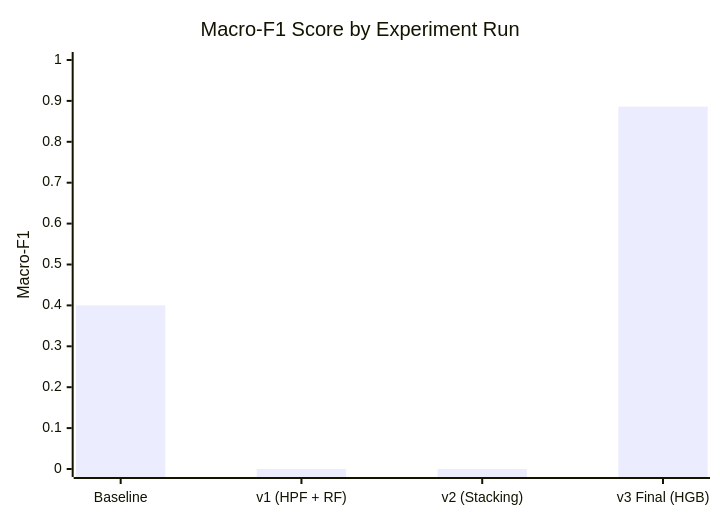
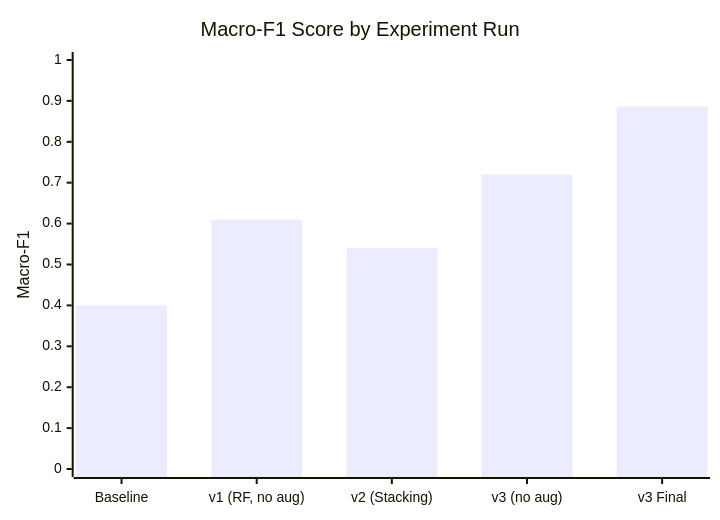
Before and after one commit to inderasarman/DSP-Project: the second of 2 diagrams in README.md, drawn with Mermaid. The commit also changed other lines of this file and 1 other file, not shown here.

````diff
--- a/README.md
+++ b/README.md
@@ -170,7 +151,7 @@
 ```mermaid
 xychart-beta
     title "Macro-F1 Score by Experiment Run"
-    x-axis ["Baseline", "v1 (HPF + RF)", "v2 (Stacking)", "v3 Final (HGB)"]
+    x-axis ["Baseline", "v1 (RF, no aug)", "v2 (Stacking)", "v3 (no aug)", "v3 Final"]
     y-axis "Macro-F1" 0 --> 1
-    bar [0.40, 0.00, 0.00, 0.886]
+    bar [0.40, 0.61, 0.54, 0.72, 0.886]
 ```
````
